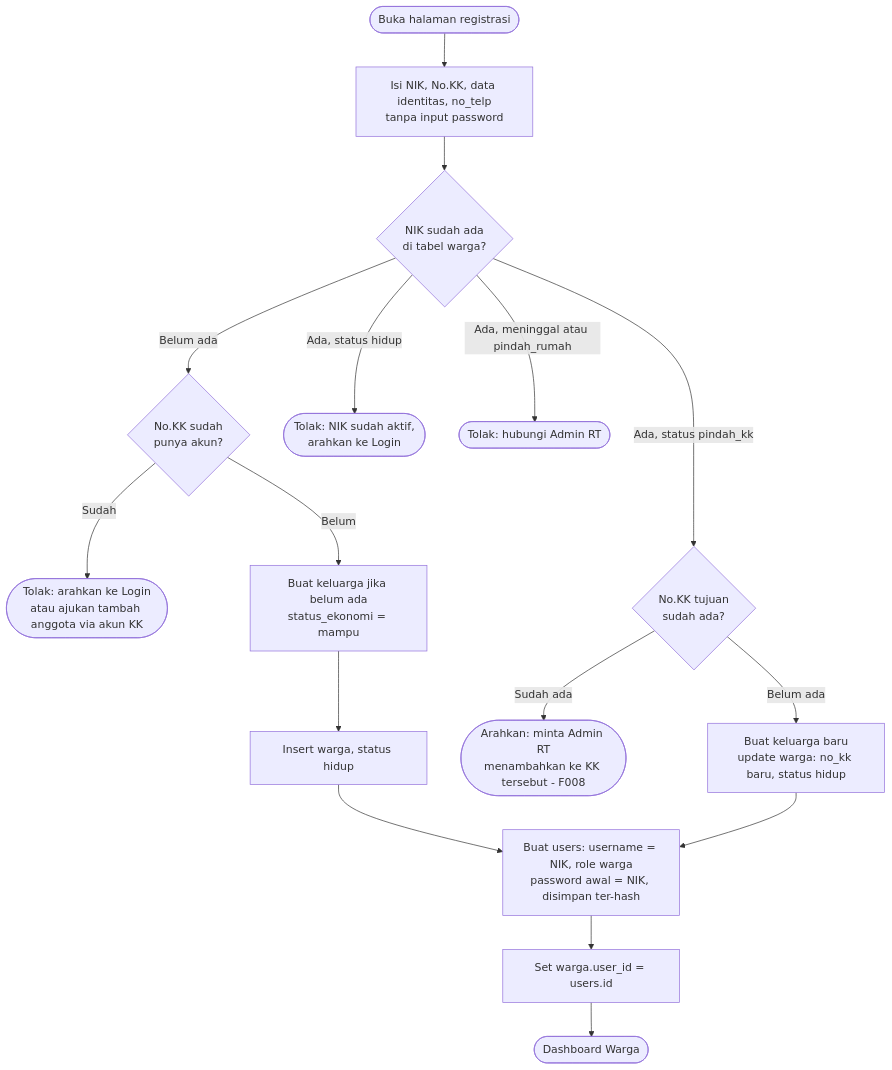
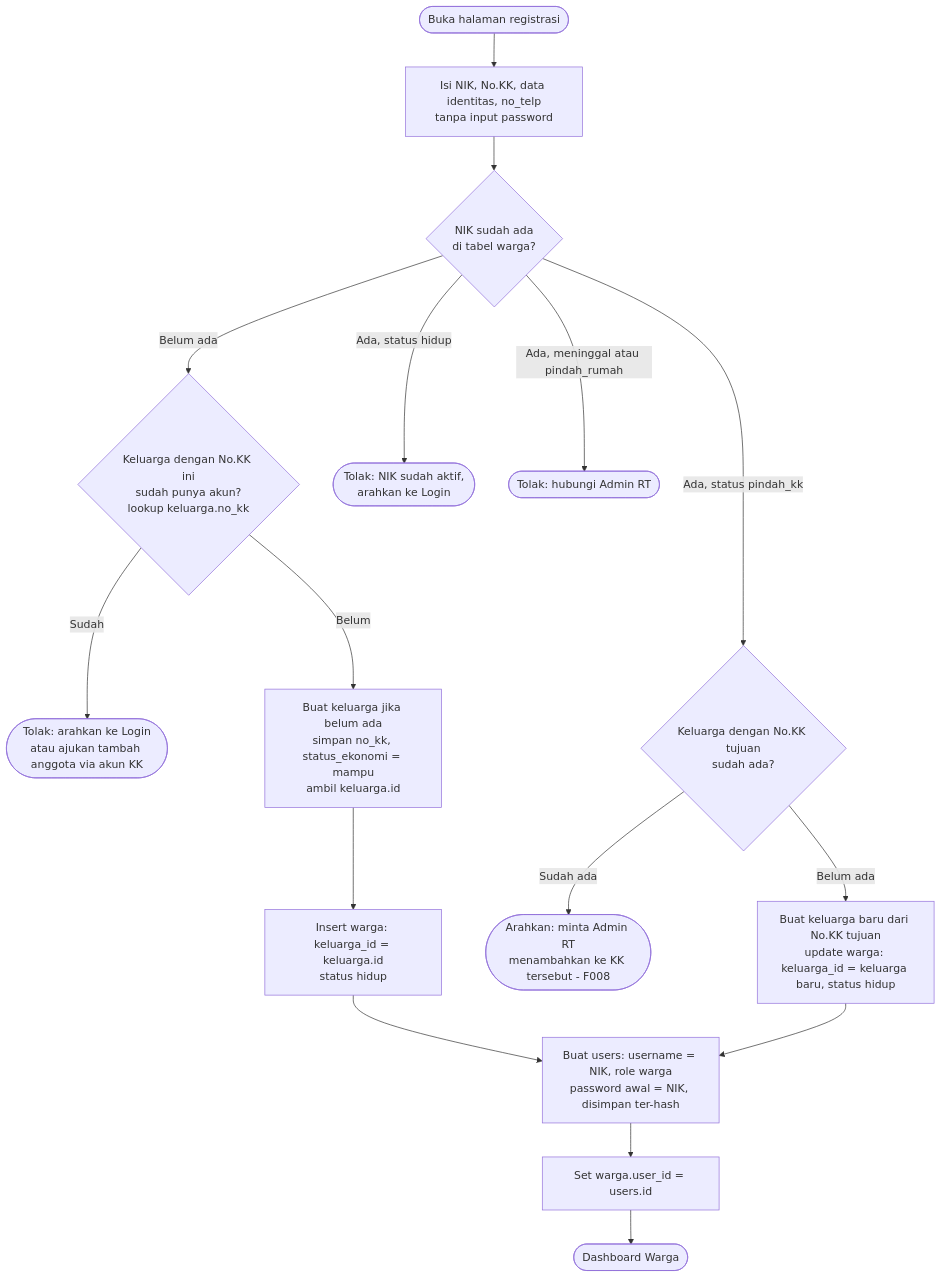
Before and after one commit to MUMUHR/WargaKu: the sixth of 11 diagrams in Diagram_Arsitektur_Workflow_WargaKu.md, drawn with Mermaid. The commit also changed other lines of this file and 29 other files, not shown here.

````diff
--- a/Diagram_Arsitektur_Workflow_WargaKu.md
+++ b/Diagram_Arsitektur_Workflow_WargaKu.md
@@ -247,21 +255,21 @@
 ```mermaid
 flowchart TD
     Start(["Buka halaman registrasi"]) --> Isi["Isi NIK, No.KK, data identitas, no_telp<br/>tanpa input password"]
     Isi --> CekNIK{"NIK sudah ada<br/>di tabel warga?"}
 
-    CekNIK -- "Belum ada" --> CekKK{"No.KK sudah<br/>punya akun?"}
+    CekNIK -- "Belum ada" --> CekKK{"Keluarga dengan No.KK ini<br/>sudah punya akun?<br/>lookup keluarga.no_kk"}
     CekKK -- "Sudah" --> Arah(["Tolak: arahkan ke Login<br/>atau ajukan tambah anggota via akun KK"])
-    CekKK -- "Belum" --> Keluarga["Buat keluarga jika belum ada<br/>status_ekonomi = mampu"]
-    Keluarga --> Insert["Insert warga, status hidup"]
+    CekKK -- "Belum" --> Keluarga["Buat keluarga jika belum ada<br/>simpan no_kk, status_ekonomi = mampu<br/>ambil keluarga.id"]
+    Keluarga --> Insert["Insert warga: keluarga_id = keluarga.id<br/>status hidup"]
 
     CekNIK -- "Ada, status hidup" --> TolakAktif(["Tolak: NIK sudah aktif,<br/>arahkan ke Login"])
     CekNIK -- "Ada, meninggal atau pindah_rumah" --> Hubungi(["Tolak: hubungi Admin RT"])
-    CekNIK -- "Ada, status pindah_kk" --> CekKKBaru{"No.KK tujuan<br/>sudah ada?"}
+    CekNIK -- "Ada, status pindah_kk" --> CekKKBaru{"Keluarga dengan No.KK tujuan<br/>sudah ada?"}
     CekKKBaru -- "Sudah ada" --> MintaAdmin(["Arahkan: minta Admin RT<br/>menambahkan ke KK tersebut - F008"])
-    CekKKBaru -- "Belum ada" --> KeluargaBaru["Buat keluarga baru<br/>update warga: no_kk baru, status hidup"]
+    CekKKBaru -- "Belum ada" --> KeluargaBaru["Buat keluarga baru dari No.KK tujuan<br/>update warga: keluarga_id = keluarga baru, status hidup"]
 
     Insert --> BuatAkun["Buat users: username = NIK, role warga<br/>password awal = NIK, disimpan ter-hash"]
     KeluargaBaru --> BuatAkun
     BuatAkun --> SetUser["Set warga.user_id = users.id"]
     SetUser --> Dash(["Dashboard Warga"])
 ```
````
